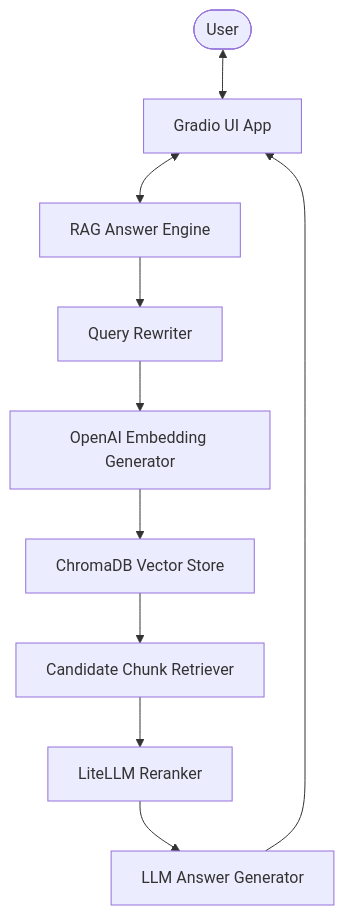
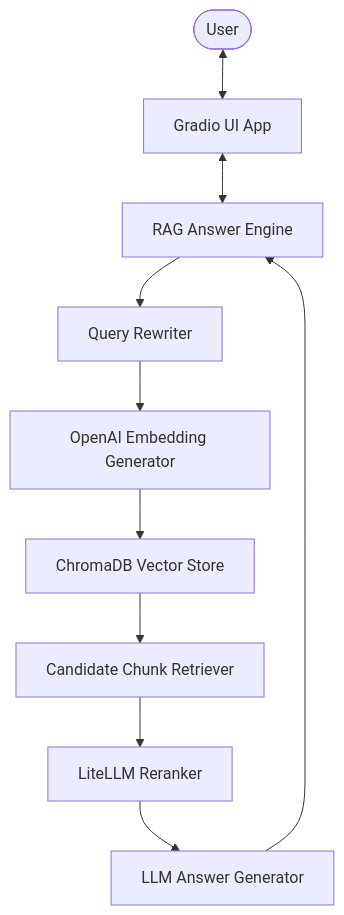
One commit to teddy7x7/company-rag changed the first of 2 diagrams in README.md. Above: the diagram before and after it, drawn with Mermaid. The commit also changed 6 other files, not shown here.

````diff
--- a/README.md
+++ b/README.md
@@ -11,12 +11,12 @@
 ```mermaid
 flowchart TD
     User([User]) <--> UI[Gradio UI App]
     UI <--> RAG[RAG Answer Engine]
     RAG --> QR[Query Rewriter]
     QR --> Embed[OpenAI Embedding Generator]
     Embed --> VectorDB[ChromaDB Vector Store]
     VectorDB --> Retrieve[Candidate Chunk Retriever]
     Retrieve --> Rerank[LiteLLM Reranker]
     Rerank --> Gen[LLM Answer Generator]
-    Gen --> UI
+    Gen --> RAG
 ```
````
